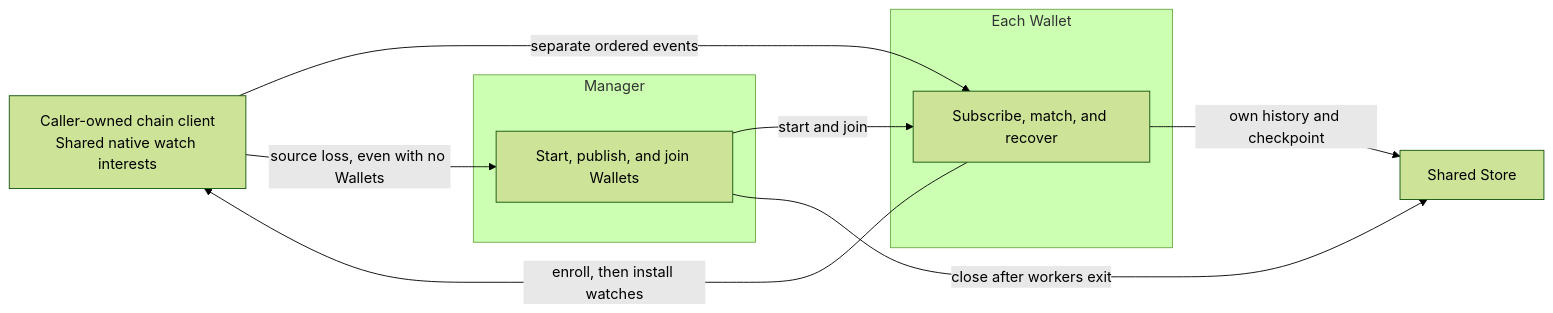
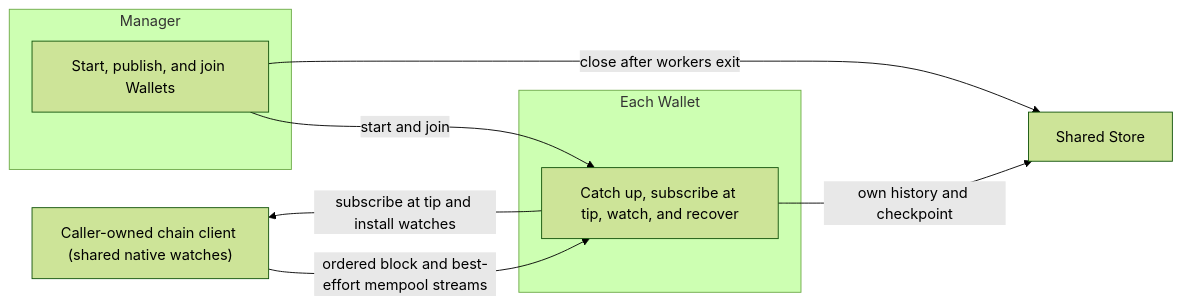
Before and after one commit to btcsuite/btcwallet: the diagram in docs/developer/adr/0017-manager-chain-routing.md, drawn with Mermaid (forest theme). The commit also changed other lines of this file and 3 other files, not shown here.

````diff
--- a/docs/developer/adr/0017-manager-chain-routing.md
+++ b/docs/developer/adr/0017-manager-chain-routing.md
@@ -54,19 +83,16 @@
 ```mermaid
 flowchart LR
-    %% Lifecycle and events follow separate edges so Manager can observe
-    %% source loss independently of Wallet enrollment and event delivery.
-    C["Caller-owned chain client<br/>Shared native watch interests"]
+    C["Caller-owned chain client (shared native watches)"]
     D["Shared Store"]
     subgraph M["Manager"]
         L["Start, publish, and join Wallets"]
     end
     subgraph W["Each Wallet"]
-        S["Subscribe, match, and recover"]
+        S["Catch up, subscribe at tip, watch, and recover"]
     end
     L -->|"start and join"| S
-    C -->|"separate ordered events"| S
-    S -->|"enroll, then install watches"| C
-    C -->|"source loss, even with no Wallets"| L
+    C -->|"ordered block and best-effort mempool streams"| S
+    S -->|"subscribe at tip and install watches"| C
     S -->|"own history and checkpoint"| D
     L -->|"close after workers exit"| D
 ```
````
